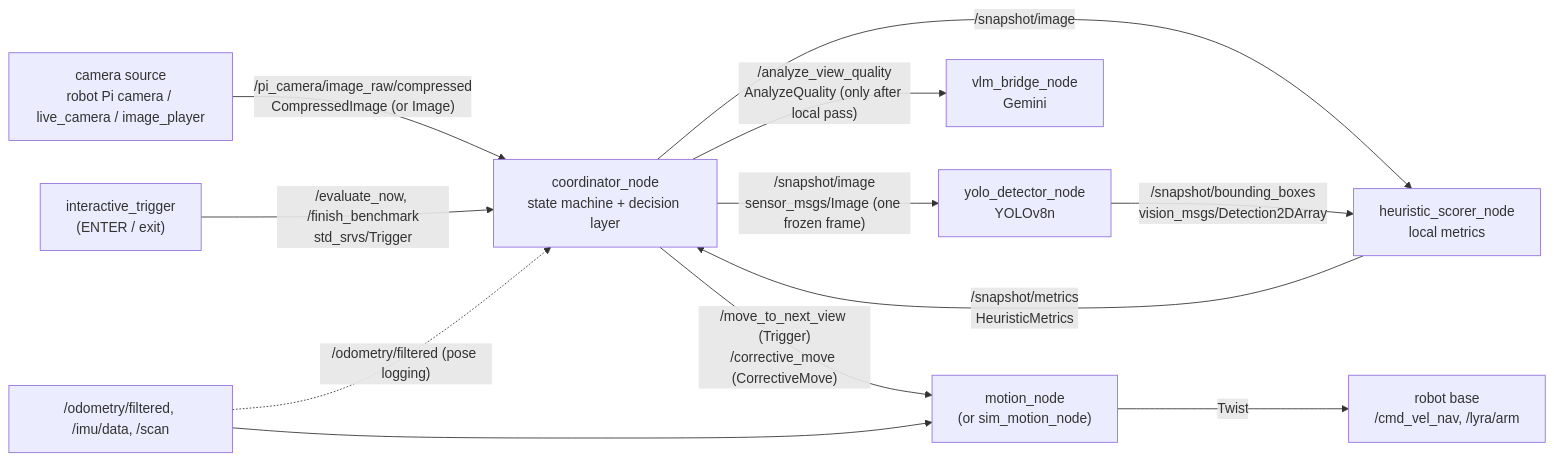
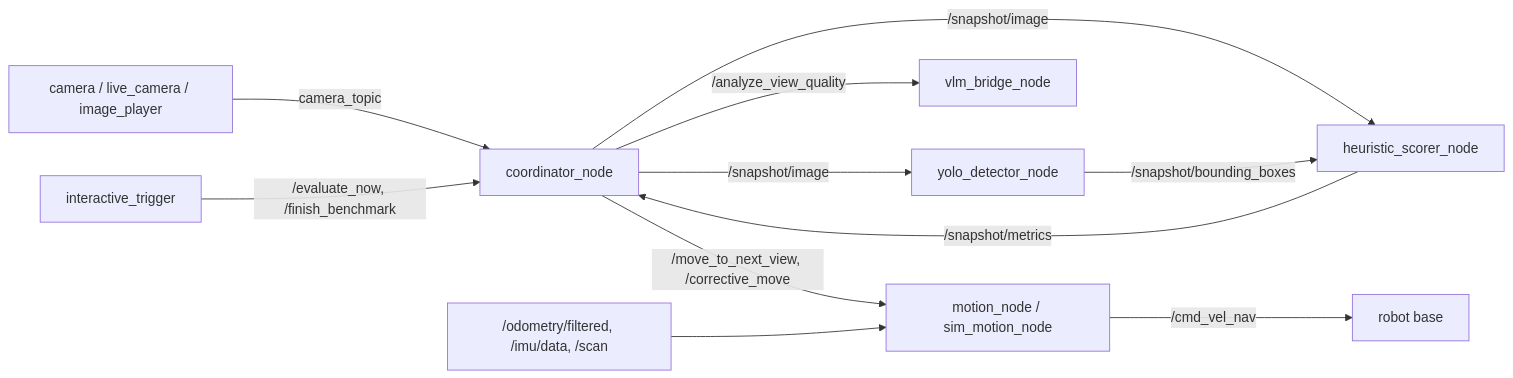
One commit to dinesh1160/ros2_active_perception changed the diagram in README.md. Above: the diagram before and after it, drawn with Mermaid. The commit also changed other lines of this file and 2 other files, not shown here.

````diff
--- a/README.md
+++ b/README.md
@@ -45,23 +42,13 @@
 ```mermaid
 flowchart LR
-    CAM["camera source<br/>robot Pi camera / live_camera / image_player"]
-    TRIG["interactive_trigger<br/>(ENTER / exit)"]
-    COORD["coordinator_node<br/>state machine + decision layer"]
-    YOLO["yolo_detector_node<br/>YOLOv8n"]
-    HEUR["heuristic_scorer_node<br/>local metrics"]
-    VLM["vlm_bridge_node<br/>Gemini"]
-    MOT["motion_node<br/>(or sim_motion_node)"]
-    ROBOT["robot base<br/>/cmd_vel_nav, /lyra/arm"]
-
-    CAM -- "/pi_camera/image_raw/compressed<br/>CompressedImage (or Image)" --> COORD
-    TRIG -- "/evaluate_now, /finish_benchmark<br/>std_srvs/Trigger" --> COORD
-    COORD -- "/snapshot/image<br/>sensor_msgs/Image (one frozen frame)" --> YOLO
-    COORD -- "/snapshot/image" --> HEUR
-    YOLO -- "/snapshot/bounding_boxes<br/>vision_msgs/Detection2DArray" --> HEUR
-    HEUR -- "/snapshot/metrics<br/>HeuristicMetrics" --> COORD
-    COORD -- "/analyze_view_quality<br/>AnalyzeQuality (only after local pass)" --> VLM
-    COORD -- "/move_to_next_view (Trigger)<br/>/corrective_move (CorrectiveMove)" --> MOT
-    MOT -- "Twist" --> ROBOT
-    ODOM["/odometry/filtered, /imu/data, /scan"] --> MOT
-    ODOM -. "/odometry/filtered (pose logging)" .-> COORD
+    CAM[camera / live_camera / image_player] -- camera_topic --> CO[coordinator_node]
+    TR[interactive_trigger] -- /evaluate_now, /finish_benchmark --> CO
+    CO -- /snapshot/image --> Y[yolo_detector_node]
+    CO -- /snapshot/image --> H[heuristic_scorer_node]
+    Y -- /snapshot/bounding_boxes --> H
+    H -- /snapshot/metrics --> CO
+    CO -- /analyze_view_quality --> V[vlm_bridge_node]
+    CO -- /move_to_next_view, /corrective_move --> M[motion_node / sim_motion_node]
+    M -- /cmd_vel_nav --> R[robot base]
+    S["/odometry/filtered, /imu/data, /scan"] --> M
 ```
````
